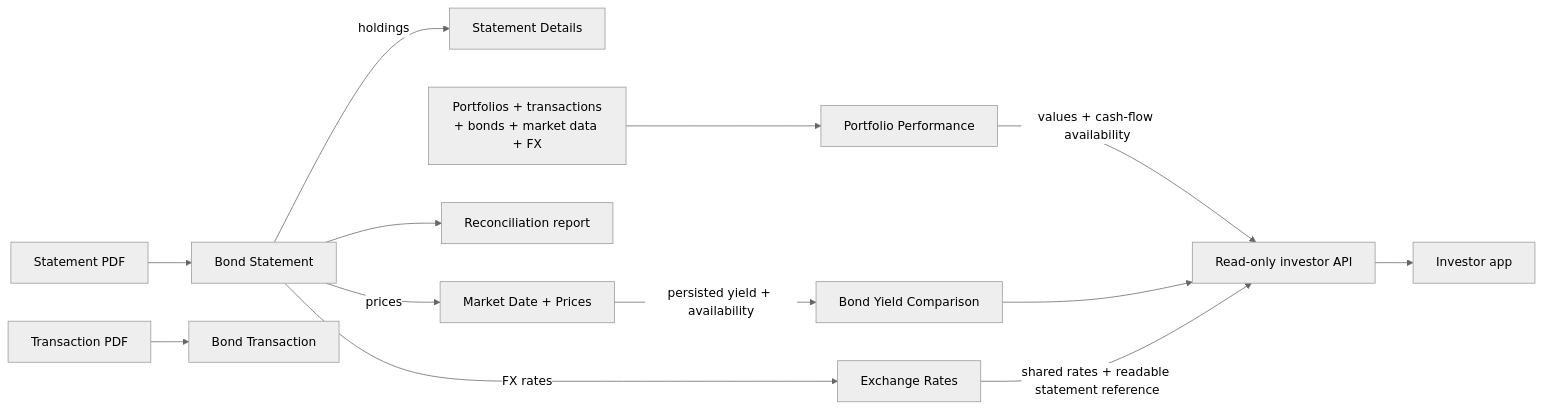
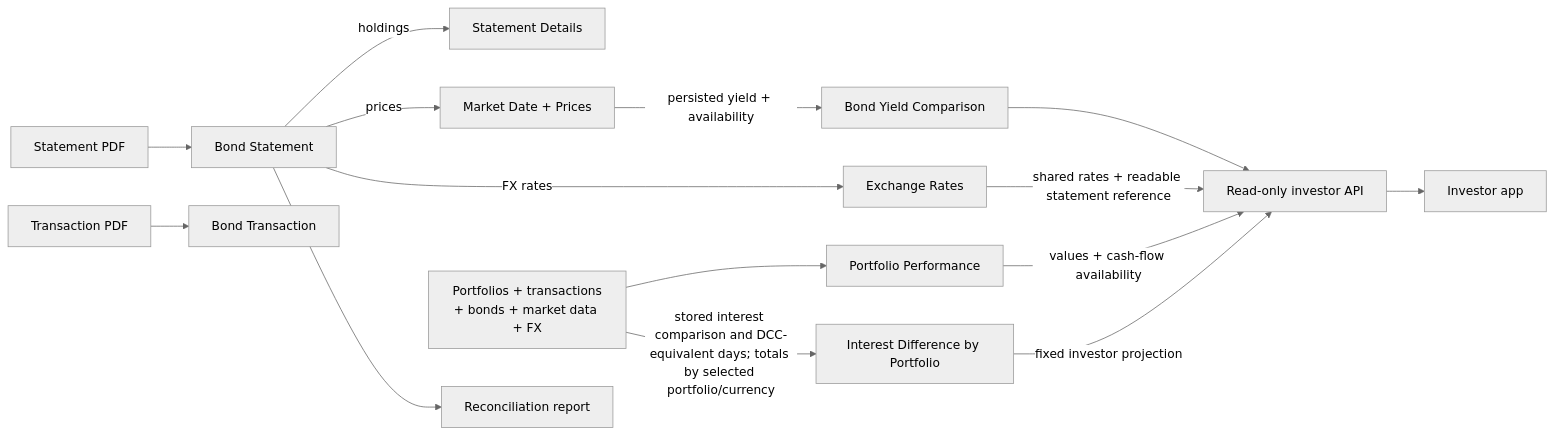
The second of 2 diagrams in docs/domain-model.md (dee-pat/bond_management), drawn with Mermaid (neutral theme) before and after one commit. The commit also changed other lines of this file and 18 other files, not shown here.

Commit message:
Add interest difference reports

````diff
--- a/docs/domain-model.md
+++ b/docs/domain-model.md
@@ -62,23 +62,26 @@
 ```mermaid
 flowchart LR
     SPDF["Statement PDF"] --> BS["Bond Statement"]
     TPDF["Transaction PDF"] --> BT["Bond Transaction"]
 
     BS -->|"holdings"| BSD["Statement Details"]
     BS -->|"prices"| MARKET["Market Date + Prices"]
     BS -->|"FX rates"| FX["Exchange Rates"]
     BS --> REPORT["Reconciliation report"]
 
     DATA["Portfolios + transactions<br/>+ bonds + market data + FX"]
     PP["Portfolio Performance"]
     YIELD["Bond Yield Comparison"]
+    INTEREST["Interest Difference by Portfolio"]
     API["Read-only investor API"]
     SPA["Investor app"]
 
     DATA --> PP
     MARKET -->|"persisted yield + availability"| YIELD
+    DATA -->|"stored interest comparison and DCC-equivalent days; totals by selected portfolio/currency"| INTEREST
     PP -->|"values + cash-flow availability"| API
     YIELD --> API
+    INTEREST -->|"fixed investor projection"| API
     FX -->|"shared rates + readable statement reference"| API
     API --> SPA
 ```
````
